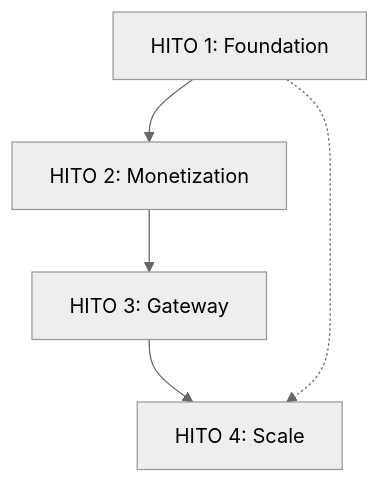
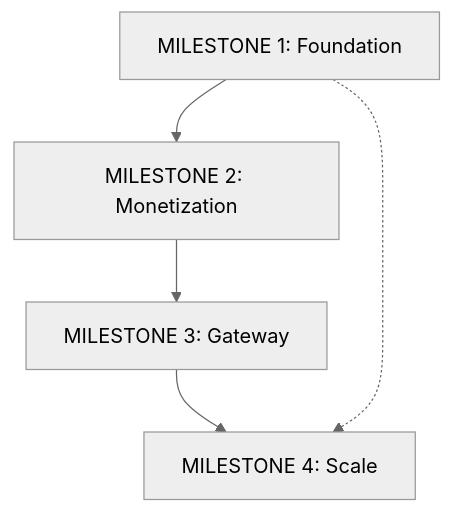
One commit to cmartinezs/ddd-hexagonal-ai-template changed the diagram in 01-templates/05-planning/TEMPLATE-018-milestones-proposals.md. Above: the diagram before and after it, drawn with Mermaid (neutral theme). The commit also changed other lines of this file and 41 other files, not shown here.

````diff
--- a/01-templates/05-planning/TEMPLATE-018-milestones-proposals.md
+++ b/01-templates/05-planning/TEMPLATE-018-milestones-proposals.md
@@ -23,7 +23,7 @@
 ```mermaid
 flowchart TD
-    M1[HITO 1: Foundation] --> M2[HITO 2: Monetization]
-    M2 --> M3[HITO 3: Gateway]
-    M3 --> M4[HITO 4: Scale]
+    M1[MILESTONE 1: Foundation] --> M2[MILESTONE 2: Monetization]
+    M2 --> M3[MILESTONE 3: Gateway]
+    M3 --> M4[MILESTONE 4: Scale]
     M1 -.-> M4
 ```
````
